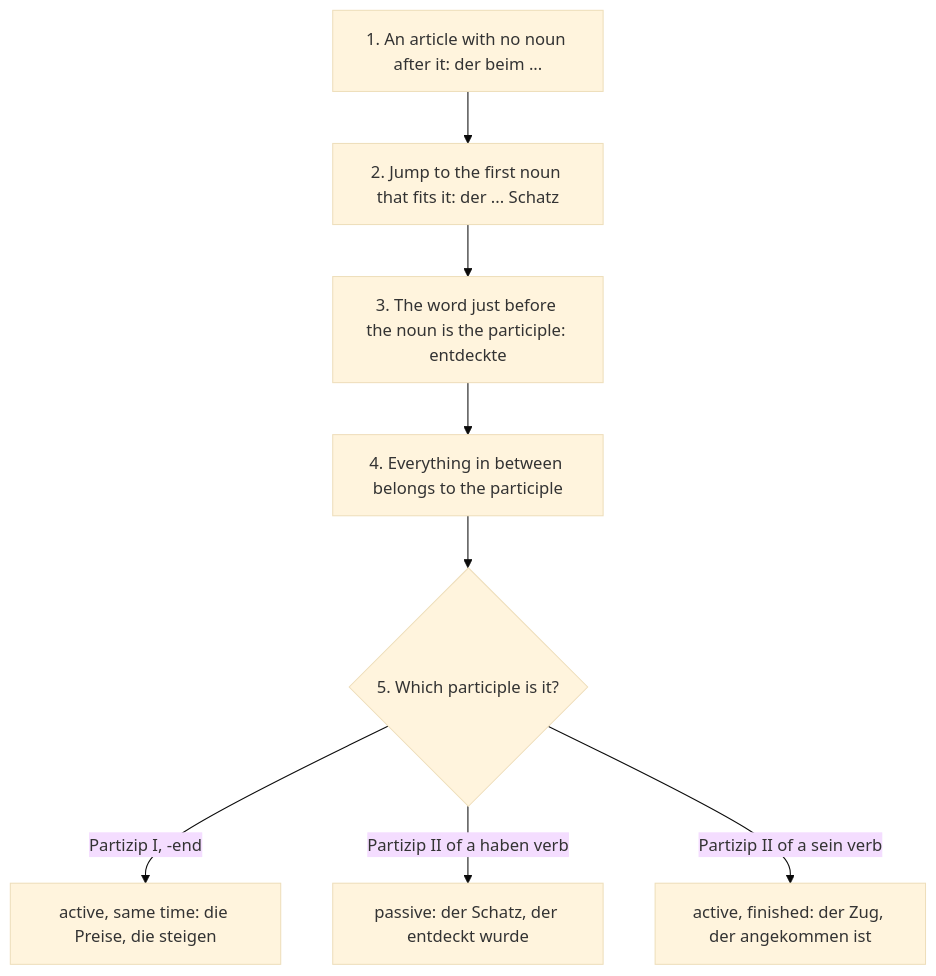
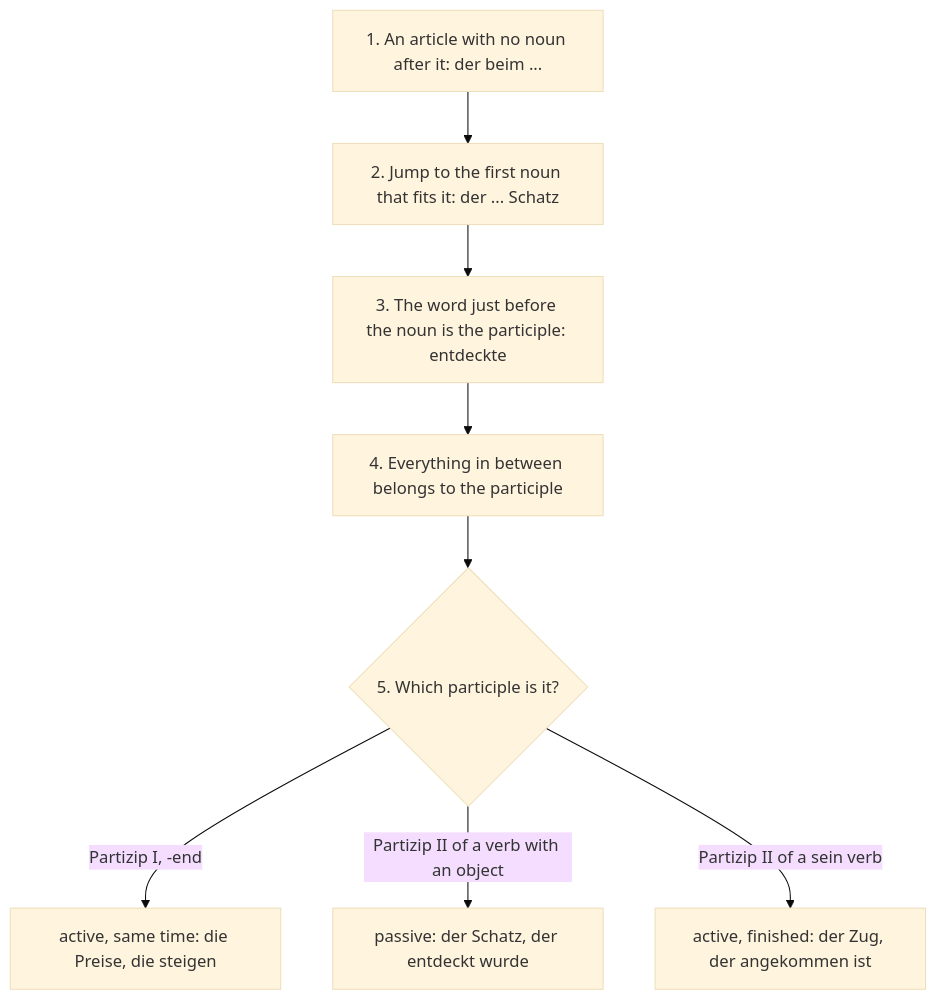
Before and after one commit to Aziliz/erudior: the diagram in content/languages/german-b1/lessons/15h1-participle-phrases.md, drawn with Mermaid (base theme). The commit also changed other lines of this file and 36 other files, not shown here.

First line of the commit message:
Drills: tight thousands separator inside TeX, keep sig-fig trailing zeros; review round 2: german-b1 de3-m2..m5 fixes

````diff
--- a/content/languages/german-b1/lessons/15h1-participle-phrases.md
+++ b/content/languages/german-b1/lessons/15h1-participle-phrases.md
@@ -59,12 +59,12 @@
 ```mermaid
 flowchart TD
   accTitle: Unpacking an extended participle phrase
-  accDescr: Step 1, notice an article with no noun after it, as in der beim. Step 2, jump ahead to the first noun that fits the article, der ... Schatz. Step 3, the word just before that noun is the participle or adjective, entdeckte. Step 4, everything in between belongs to the participle, beim Bau der neuen Brücke. Step 5, ask which participle it is. A present participle in -end is active and happening at the same time: die steigenden Preise are die Preise, die steigen. A past participle of a haben verb is passive: der entdeckte Schatz is der Schatz, der entdeckt wurde. A past participle of a sein verb is active and finished: der angekommene Zug is der Zug, der angekommen ist.
+  accDescr: Step 1, notice an article with no noun after it, as in der beim. Step 2, jump ahead to the first noun that fits the article, der ... Schatz. Step 3, the word just before that noun is the participle or adjective, entdeckte. Step 4, everything in between belongs to the participle, beim Bau der neuen Brücke. Step 5, ask which participle it is. A present participle in -end is active and happening at the same time: die steigenden Preise are die Preise, die steigen. A past participle of a verb with an accusative object is passive: der entdeckte Schatz is der Schatz, der entdeckt wurde. A past participle of a sein verb is active and finished: der angekommene Zug is der Zug, der angekommen ist.
   A["1. An article with no noun after it: der beim ..."] --> B["2. Jump to the first noun that fits it: der ... Schatz"]
   B --> C["3. The word just before the noun is the participle: entdeckte"]
   C --> D["4. Everything in between belongs to the participle"]
   D --> E{"5. Which participle is it?"}
   E -- "Partizip I, -end" --> F["active, same time: die Preise, die steigen"]
-  E -- "Partizip II of a haben verb" --> G["passive: der Schatz, der entdeckt wurde"]
+  E -- "Partizip II of a verb with an object" --> G["passive: der Schatz, der entdeckt wurde"]
   E -- "Partizip II of a sein verb" --> H["active, finished: der Zug, der angekommen ist"]
 ```
````
